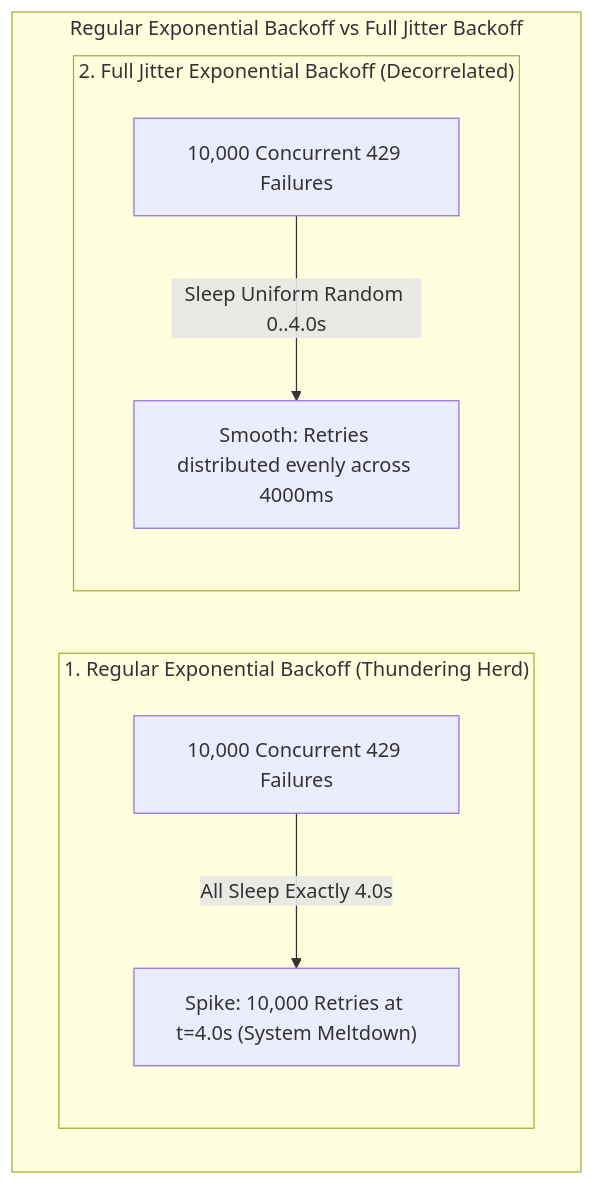
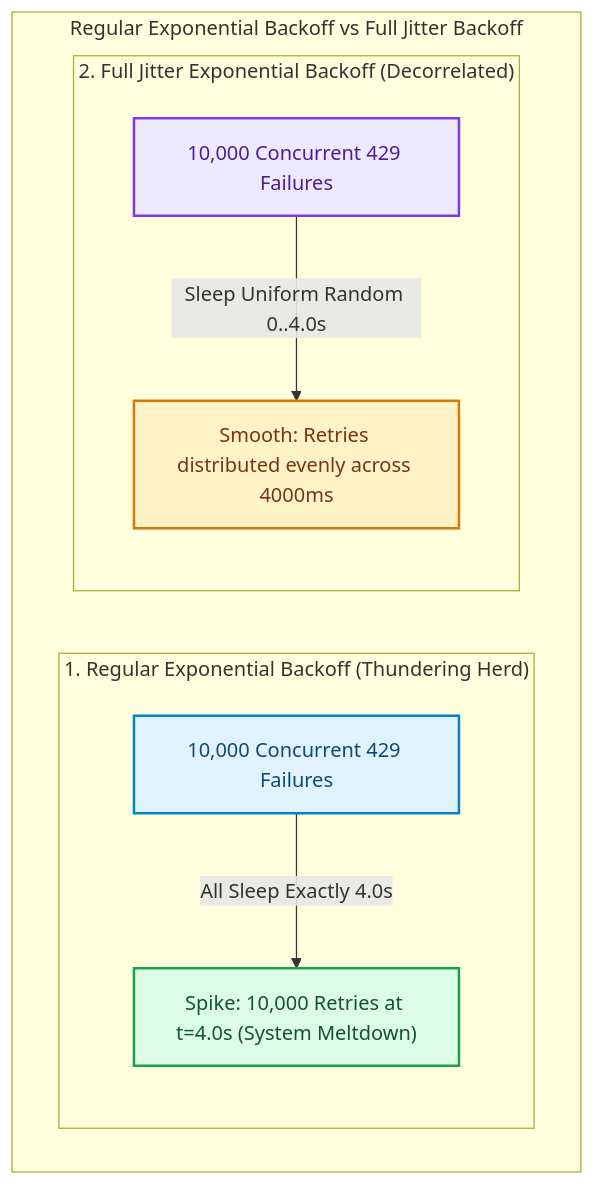
Before and after one commit to akmalkhaniub/akmalkhaniub.github.io: the third of 3 diagrams in blog/posts/adaptive-rate-limiting-1m-rps-token-bucket-sliding-window-redis.md, drawn with Mermaid. The commit also changed other lines of this file and 1291 other files, not shown here.

First line of the commit message:
feat(catalog): unique covers, scholarly references, and diagram palettes

````diff
--- a/blog/posts/adaptive-rate-limiting-1m-rps-token-bucket-sliding-window-redis.md
+++ b/blog/posts/adaptive-rate-limiting-1m-rps-token-bucket-sliding-window-redis.md
@@ -129,12 +140,22 @@
 ```mermaid
 flowchart TD
   subgraph SG4_RegularExponentialBackoff ["Regular Exponential Backoff vs Full Jitter Backoff"]
     subgraph SG5_1RegularExponential ["1. Regular Exponential Backoff (Thundering Herd)"]
-      F1[10,000 Concurrent 429 Failures] -->|All Sleep Exactly 4.0s| Spike["Spike: 10,000 Retries at t=4.0s (System Meltdown)"]
+      F1["10,000 Concurrent 429 Failures"] -->|All Sleep Exactly 4.0s| Spike["Spike: 10,000 Retries at t=4.0s (System Meltdown)"]
     end
 
     subgraph SG6_2FullJitter ["2. Full Jitter Exponential Backoff (Decorrelated)"]
-      F2[10,000 Concurrent 429 Failures] -->|Sleep Uniform Random 0..4.0s| Smooth["Smooth: Retries distributed evenly across 4000ms"]
+      F2["10,000 Concurrent 429 Failures"] -->|Sleep Uniform Random 0..4.0s| Smooth["Smooth: Retries distributed evenly across 4000ms"]
     end
   end
+
+classDef green fill:#dcfce7,stroke:#16a34a,stroke-width:2px,color:#14532d;
+classDef red fill:#fee2e2,stroke:#dc2626,stroke-width:2px,color:#7f1d1d;
+classDef blue fill:#e0f2fe,stroke:#0284c7,stroke-width:2px,color:#0c4a6e;
+classDef yellow fill:#fef3c7,stroke:#d97706,stroke-width:2px,color:#78350f;
+classDef purple fill:#ede9fe,stroke:#7c3aed,stroke-width:2px,color:#4c1d95;
+class F1 blue
+class Spike green
+class F2 purple
+class Smooth yellow
 ```
````
